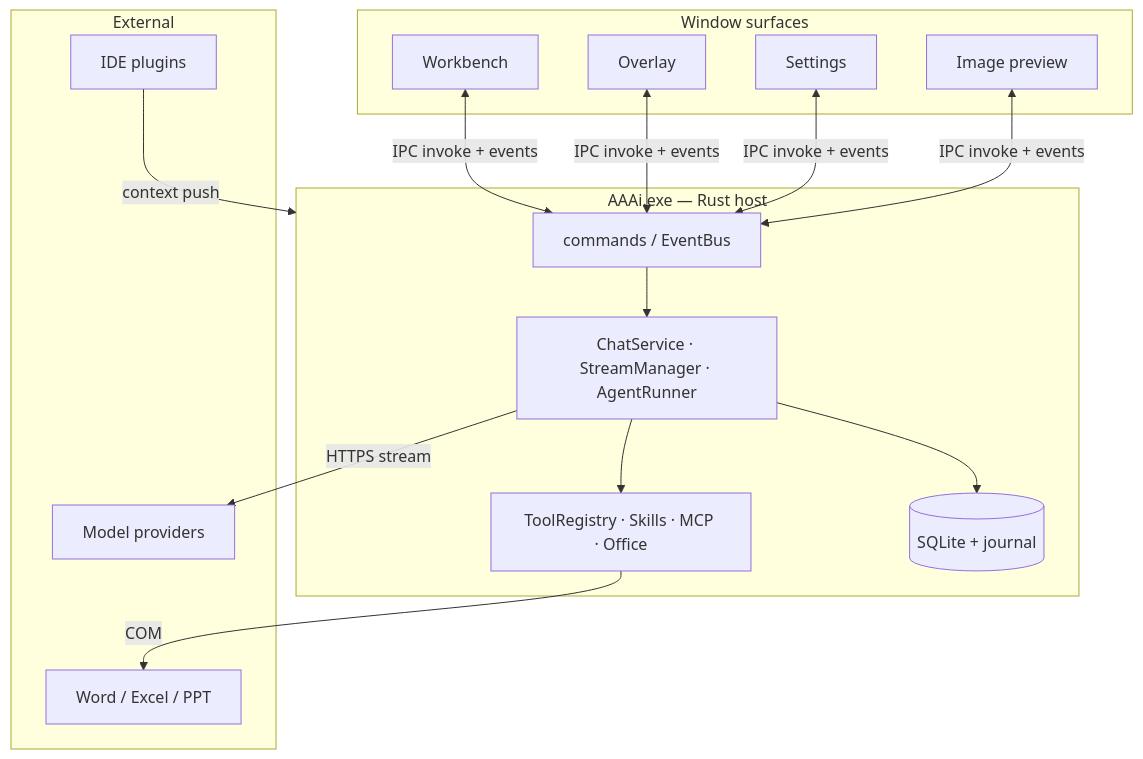
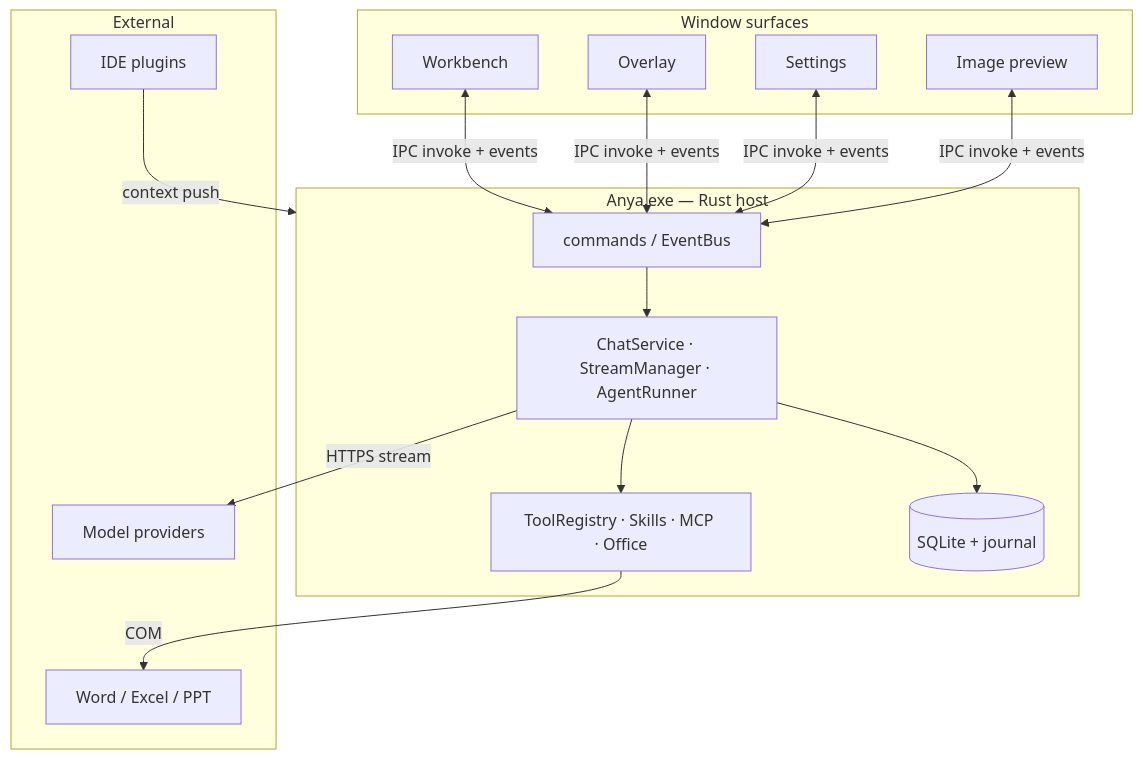
One commit to rururunu/AAAi changed the diagram in README.md. Above: the diagram before and after it, drawn with Mermaid. The commit also changed other lines of this file and 153 other files, not shown here.

Commit message:
feat: Anya 品牌化、自定义厂商预设与聊天/存储优化 - 产品更名 Anya（图标、文档、发版产物与 eval 二进制） - 自定义提供商：MiMo / 智谱 GLM / 火山方舟 / MiniMax / Kimi 预设与图标；OpenAI /v1/models 拉模型；设置页与引导页对齐 - 会话 SQLite：索引、journal 批量写入、大 JSON 截断、按会话懒加载，降低写放大 - 思考过程续轮/折叠与工作时间线体验优化；输入区附件/文件树与提及相关改进 - 清理未使用 API，消除 dead_code 编译告警

````diff
--- a/README.md
+++ b/README.md
@@ -209,30 +209,30 @@
 ```mermaid
 flowchart TB
   subgraph Surfaces["Window surfaces"]
     WB[Workbench]
     OV[Overlay]
     ST[Settings]
     PV[Image preview]
   end
 
-  subgraph Host["AAAi.exe — Rust host"]
+  subgraph Host["Anya.exe — Rust host"]
     CMD[commands / EventBus]
     CHAT[ChatService · StreamManager · AgentRunner]
     TOOLS[ToolRegistry · Skills · MCP · Office]
     STORE[(SQLite + journal)]
   end
 
   subgraph External["External"]
     LLM[Model providers]
     IDE[IDE plugins]
     OFFICE[Word / Excel / PPT]
   end
 
   WB & OV & ST & PV <-->|IPC invoke + events| CMD
   CMD --> CHAT
   CHAT --> TOOLS
   CHAT --> STORE
   CHAT -->|HTTPS stream| LLM
   IDE -->|context push| Host
   TOOLS -->|COM| OFFICE
 ```
````
